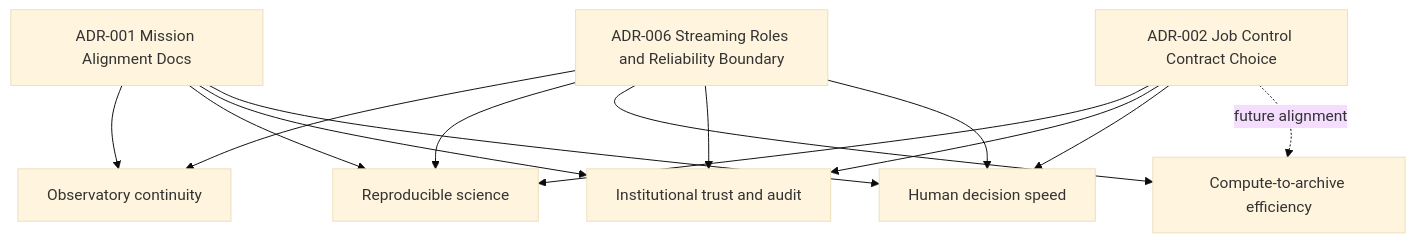
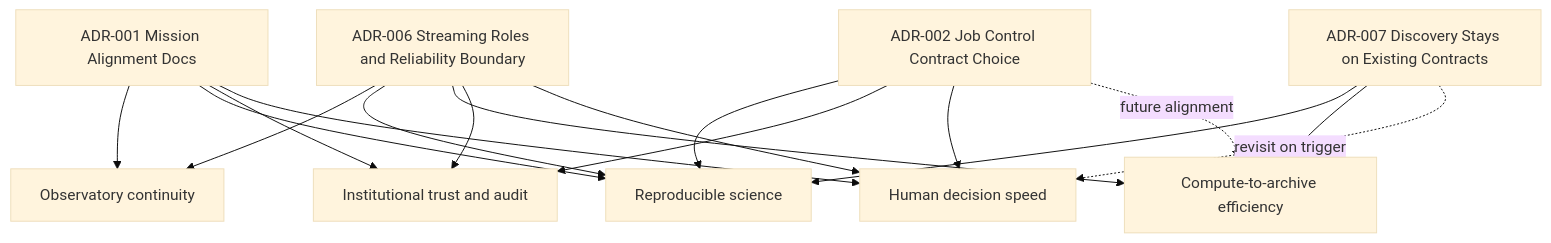
One commit to JeffreySanford/phase-2-cosmic changed the diagram in documentation/architecture/DECISIONS.md. Above: the diagram before and after it, drawn with Mermaid (base theme). The commit also changed other lines of this file, not shown here.

````diff
--- a/documentation/architecture/DECISIONS.md
+++ b/documentation/architecture/DECISIONS.md
@@ -25,26 +25,30 @@
 ```mermaid
 flowchart TD
   ADR1[ADR-001 Mission Alignment Docs]
   ADR2[ADR-002 Job Control Contract Choice]
   ADR6[ADR-006 Streaming Roles and Reliability Boundary]
+  ADR7[ADR-007 Discovery Stays on Existing Contracts]
 
   O1[Observatory continuity]
   O2[Reproducible science]
   O3[Compute-to-archive efficiency]
   O4[Institutional trust and audit]
   O5[Human decision speed]
 
   ADR1 --> O1
   ADR1 --> O2
   ADR1 --> O4
   ADR1 --> O5
   ADR2 --> O2
   ADR2 --> O4
   ADR2 --> O5
   ADR2 -.future alignment.-> O3
   ADR6 --> O1
   ADR6 --> O2
   ADR6 --> O3
   ADR6 --> O4
   ADR6 --> O5
+  ADR7 --> O2
+  ADR7 --> O3
+  ADR7 -.revisit on trigger.-> O5
 ```
````
